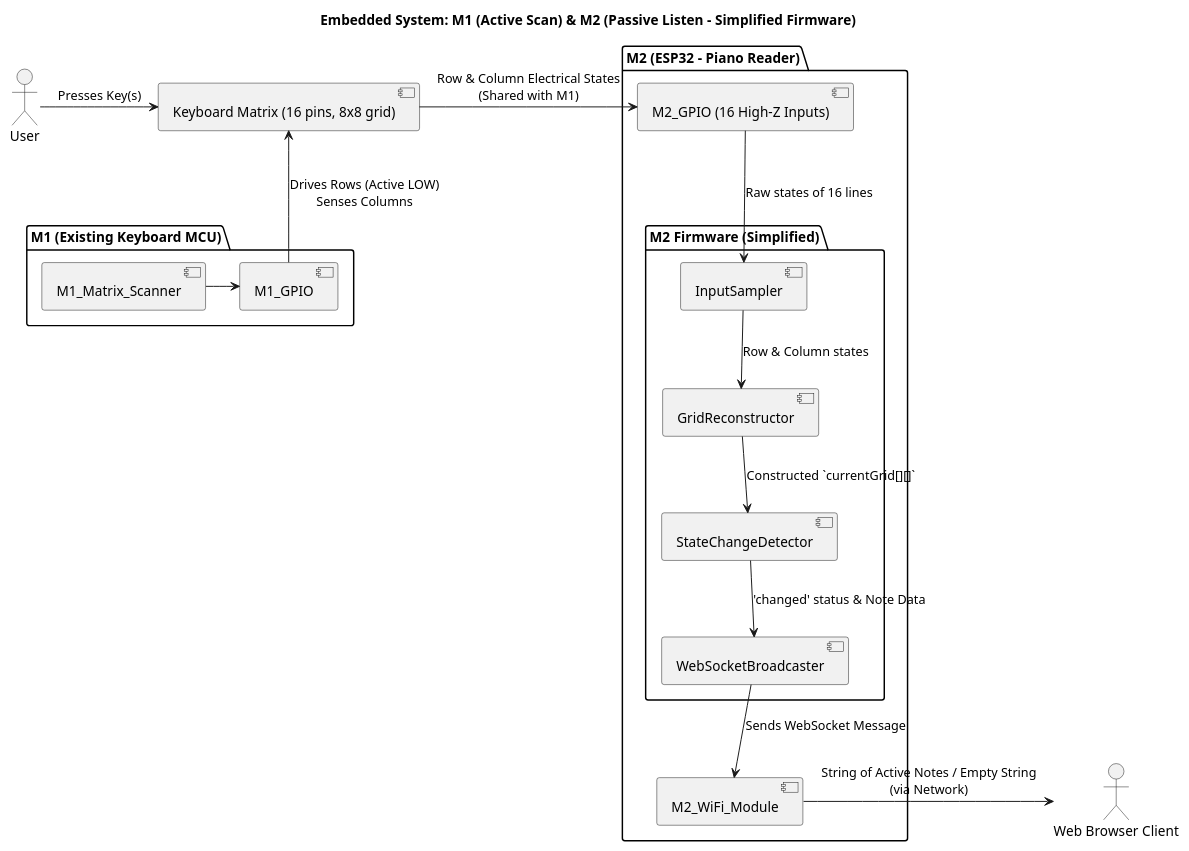
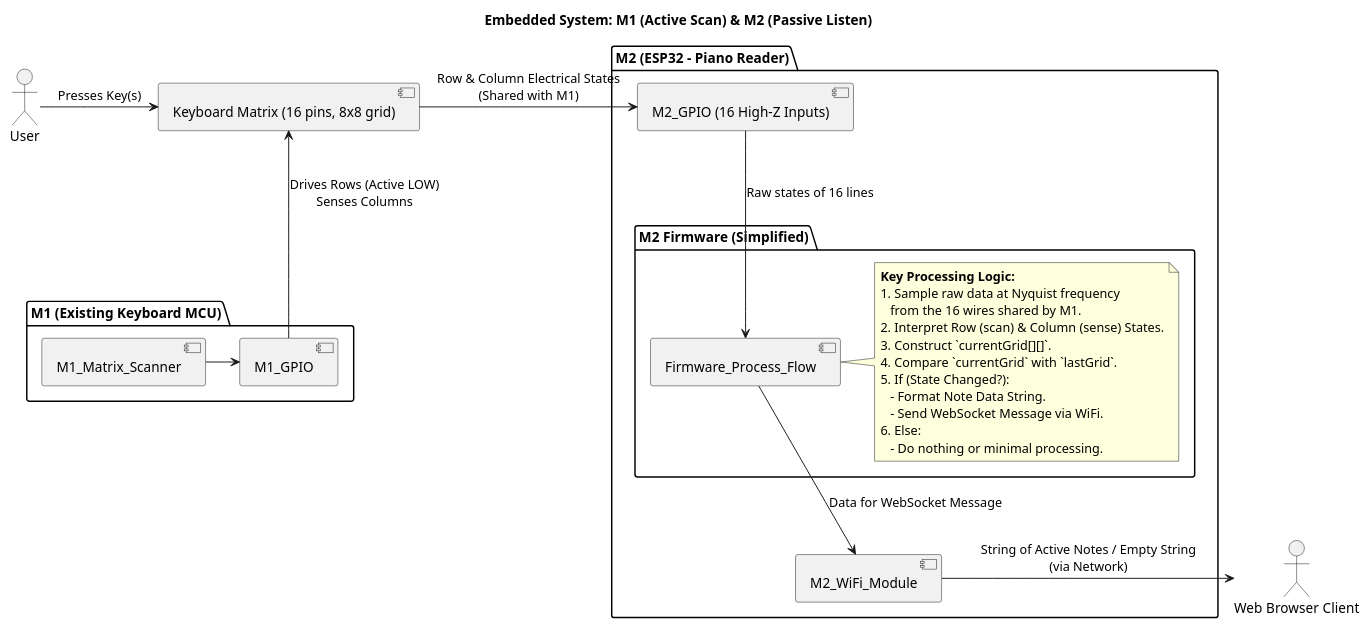
The diagram in uml/embedded_design.puml (vaibhavshirole/piano-reader), drawn with PlantUML before and after one commit. The commit also changed 7 other files, not shown here.

Commit message:
docs: Readme showing design diagrams

```diff
--- a/uml/embedded_design.puml
+++ b/uml/embedded_design.puml
@@ -1,51 +1,52 @@
-@startuml Embedded System Design - M2 Passive Simplified
-
-title Embedded System: M1 (Active Scan) & M2 (Passive Listen - Simplified Firmware)
+@startuml
+title Embedded System: M1 (Active Scan) & M2 (Passive Listen)
 
 actor User
 actor "Web Browser Client" as BrowserClient
 
 ' --- Shared Keyboard Hardware ---
 component "Keyboard Matrix (16 pins, 8x8 grid)" as Matrix
 
 ' --- M1: Original Keyboard Microcontroller ---
 package "M1 (Existing Keyboard MCU)" {
   component "M1_GPIO" as M1_GPIO
   component "M1_Matrix_Scanner" as M1_Scanner
 }
 
 ' --- M2: ESP32 - Passive Listener ---
 package "M2 (ESP32 - Piano Reader)" {
   component "M2_GPIO (16 High-Z Inputs)" as M2_GPIO_Inputs
   component "M2_WiFi_Module" as M2_Wifi
 
-  package "M2 Firmware (Simplified)" {
-    component "InputSampler" as M2_InputSampler
-    component "GridReconstructor" as M2_GridReconstructor
-    component "StateChangeDetector" as M2_StateDetector
-    component "WebSocketBroadcaster" as M2_WsBroadcaster
+  package "M2 Firmware (Simplified)" as M2_Firmware_Package {
+    component "Firmware_Process_Flow" as M2_ProcessFlow
+    note right of M2_ProcessFlow
+      **Key Processing Logic:**
+      1. Sample raw data at Nyquist frequency
+         from the 16 wires shared by M1.
+      2. Interpret Row (scan) & Column (sense) States.
+      3. Construct `currentGrid[][]`.
+      4. Compare `currentGrid` with `lastGrid`.
+      5. If (State Changed?):
+         - Format Note Data String.
+         - Send WebSocket Message via WiFi.
+      6. Else:
+         - Do nothing or minimal processing.
+    end note
   }
 }
 
 
 ' --- Physical Interactions & Connections ---
 User -right-> Matrix : "Presses Key(s)"
-
 M1_GPIO -up-> Matrix : "Drives Rows (Active LOW)\nSenses Columns"
-
-' M2 Passively Listens to the SAME Matrix Lines
 Matrix -left-> M2_GPIO_Inputs : "Row & Column Electrical States\n(Shared with M1)"
-
 
 ' --- M1 Internal Flow (Simplified) ---
 M1_Scanner -> M1_GPIO
 
 ' --- M2 Firmware Data Flow (Simplified) ---
-M2_GPIO_Inputs --> M2_InputSampler : "Raw states of 16 lines"
-M2_InputSampler --> M2_GridReconstructor : "Row & Column states"
-M2_GridReconstructor --> M2_StateDetector : "Constructed `currentGrid[][]`"
-M2_StateDetector --> M2_WsBroadcaster : "'changed' status & Note Data"
-M2_WsBroadcaster --> M2_Wifi : "Sends WebSocket Message"
+M2_GPIO_Inputs --> M2_ProcessFlow : "Raw states of 16 lines"
+M2_ProcessFlow --> M2_Wifi : "Data for WebSocket Message"
 M2_Wifi -right-> BrowserClient : "String of Active Notes / Empty String\n(via Network)"
-
 @enduml
```
